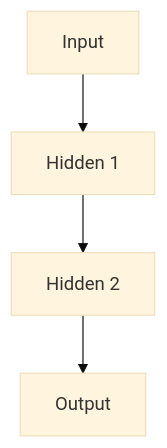
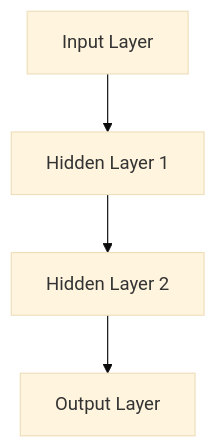
One commit to ga-curriculum/intro-to-neural-network-overview-of-ai-architectures-v3.0 changed the first of 3 diagrams in intro-to-neural-networks/README.md. Above: the diagram before and after it, drawn with Mermaid (base theme). The commit also changed other lines of this file and 13 other files, not shown here.

```diff
--- a/intro-to-neural-networks/README.md
+++ b/intro-to-neural-networks/README.md
@@ -55,6 +26,7 @@
 <div class="mermaid">
 graph TD;
-    A[Input] --> B[Hidden 1];
-    B --> C[Hidden 2];
-    C --> D[Output];
+    A[Input Layer] --> B[Hidden Layer 1];
+    B --> C[Hidden Layer 2];
+    C --> D[Output Layer];
+
 </div>
```
